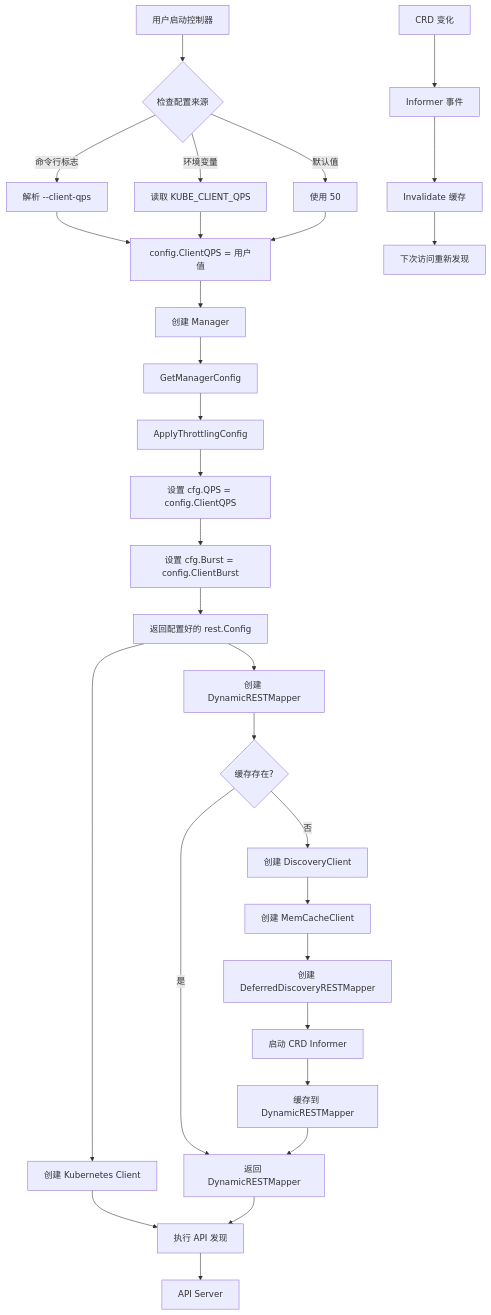
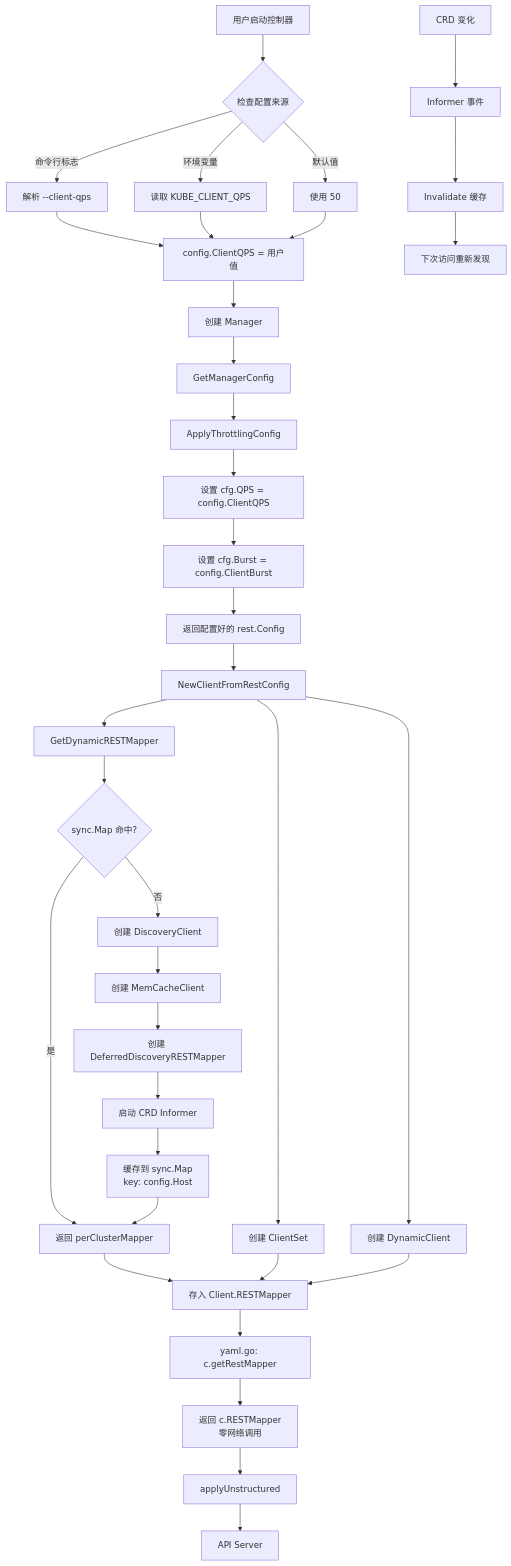
One commit to javadoors/cluster-api-provider-bke changed the fourth of 7 diagrams in code/performance/report/api-throttling-optimization.md. Above: the diagram before and after it, drawn with Mermaid. The commit also changed other lines of this file, not shown here.

````diff
--- a/code/performance/report/api-throttling-optimization.md
+++ b/code/performance/report/api-throttling-optimization.md
@@ -682,38 +973,45 @@
 ```mermaid
 graph TD
     A[用户启动控制器] --> B{检查配置来源}
     B -->|命令行标志| C[解析 --client-qps]
     B -->|环境变量| D[读取 KUBE_CLIENT_QPS]
     B -->|默认值| E[使用 50]
     
     C --> F[config.ClientQPS = 用户值]
     D --> F
     E --> F
     
     F --> G[创建 Manager]
     G --> H[GetManagerConfig]
     H --> I[ApplyThrottlingConfig]
     I --> J[设置 cfg.QPS = config.ClientQPS]
     J --> K[设置 cfg.Burst = config.ClientBurst]
     K --> L[返回配置好的 rest.Config]
     
-    L --> M[创建 Kubernetes Client]
-    L --> N[创建 DynamicRESTMapper]
+    L --> M[NewClientFromRestConfig]
+    M --> M1[创建 ClientSet]
+    M --> M2[创建 DynamicClient]
+    M --> M3[GetDynamicRESTMapper]
     
-    N --> O{缓存存在?}
-    O -->|是| P[返回 DynamicRESTMapper]
-    O -->|否| Q[创建 DiscoveryClient]
+    M3 --> N{sync.Map 命中?}
+    N -->|是| P[返回 perClusterMapper]
+    N -->|否| Q[创建 DiscoveryClient]
     Q --> R[创建 MemCacheClient]
     R --> S[创建 DeferredDiscoveryRESTMapper]
     S --> T[启动 CRD Informer]
-    T --> U[缓存到 DynamicRESTMapper]
+    T --> U[缓存到 sync.Map<br/>key: config.Host]
     U --> P
     
-    M --> V[执行 API 发现]
-    P --> V
-    V --> W[API Server]
+    P --> M4[存入 Client.RESTMapper]
+    M1 --> M4
+    M2 --> M4
+    
+    M4 --> V1[yaml.go: c.getRestMapper]
+    V1 --> V2[返回 c.RESTMapper<br/>零网络调用]
+    V2 --> V3[applyUnstructured]
+    V3 --> W[API Server]
     
     X[CRD 变化] --> Y[Informer 事件]
     Y --> Z[Invalidate 缓存]
     Z --> AA[下次访问重新发现]
 ```
````
